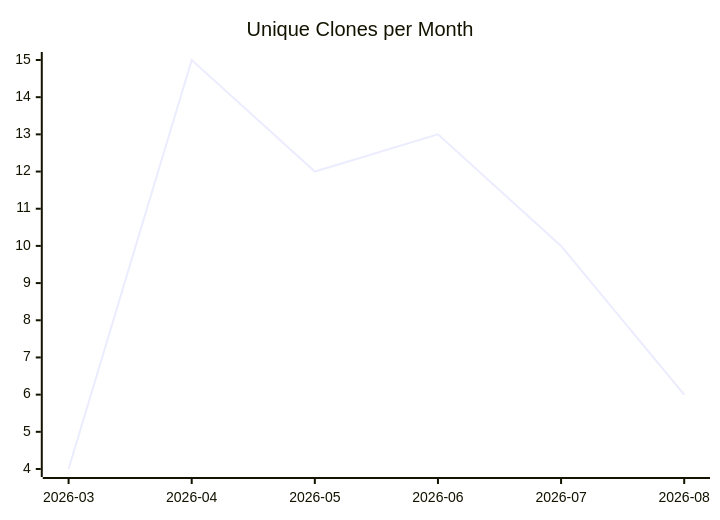
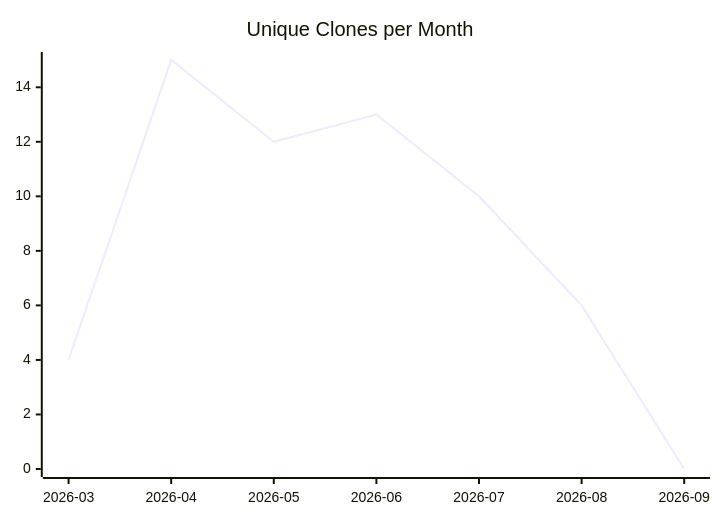
Before and after one commit to justdavis-family/github-analytics-data: the third of 3 diagrams in karlmdavis/ansible-role-bind-dns/README.md, drawn with Mermaid. The commit also changed other lines of this file and 191 other files, not shown here.

````diff
--- a/karlmdavis/ansible-role-bind-dns/README.md
+++ b/karlmdavis/ansible-role-bind-dns/README.md
@@ -19,6 +19,6 @@
 ```mermaid
 xychart-beta
   title "Unique Clones per Month"
-  x-axis ["2026-03", "2026-04", "2026-05", "2026-06", "2026-07", "2026-08"]
-  line [4, 15, 12, 13, 10, 6]
+  x-axis ["2026-03", "2026-04", "2026-05", "2026-06", "2026-07", "2026-08", "2026-09"]
+  line [4, 15, 12, 13, 10, 6, 0]
 ```
````
